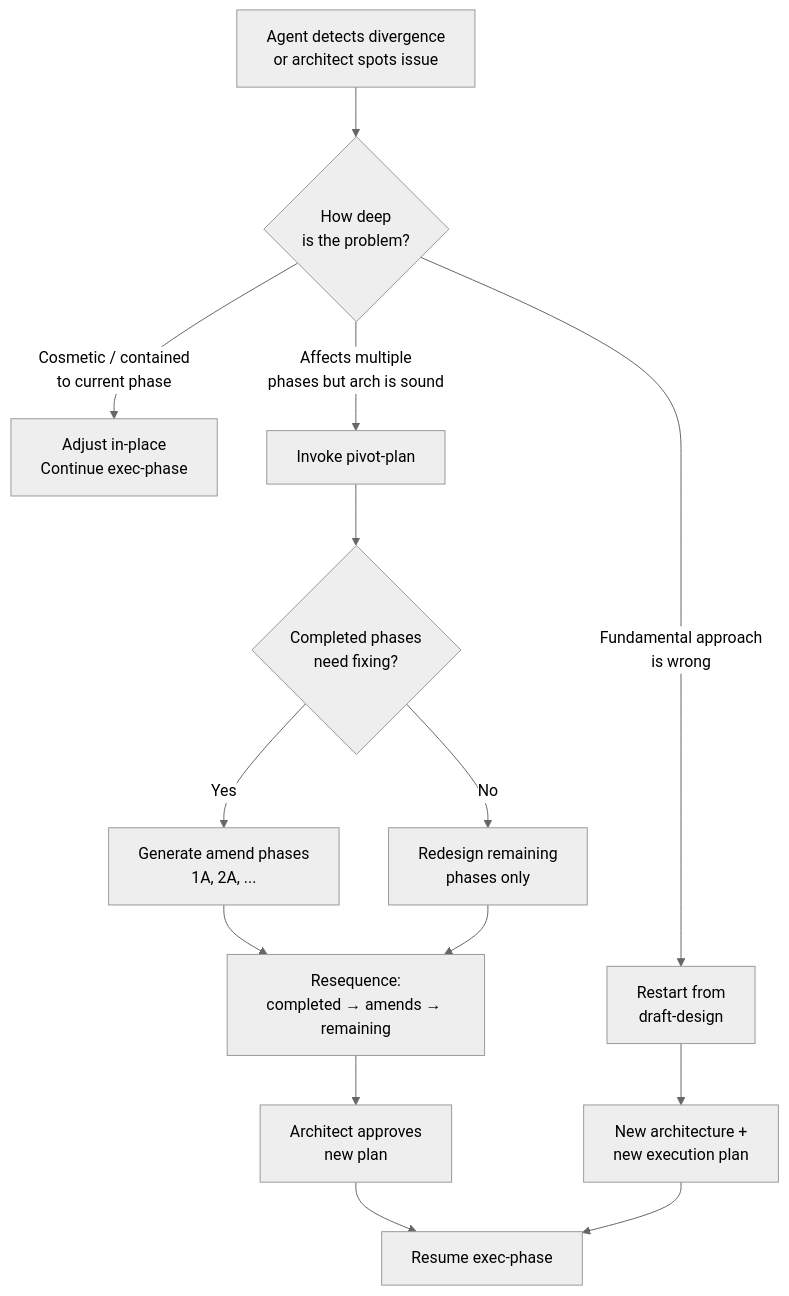
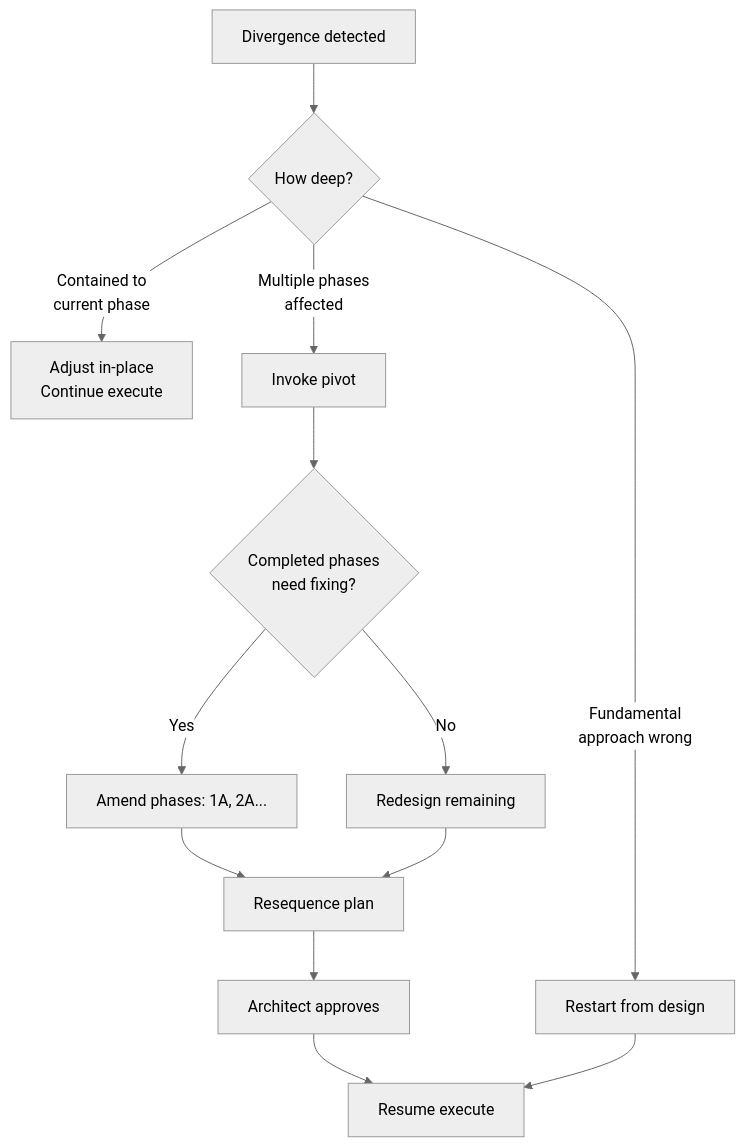
The third of 3 diagrams in README.md (aakarshsingh/architect-typist), drawn with Mermaid (neutral theme) before and after one commit. The commit also changed other lines of this file and 40 other files, not shown here.

````diff
--- a/README.md
+++ b/README.md
@@ -280,20 +284,18 @@
 ```mermaid
 flowchart TD
-    DETECT[Agent detects divergence<br/>or architect spots issue] --> ASSESS{How deep<br/>is the problem?}
+    DETECT[Divergence detected] --> ASSESS{How deep?}
 
-    ASSESS -->|Cosmetic / contained<br/>to current phase| FIX[Adjust in-place<br/>Continue exec-phase]
+    ASSESS -->|Contained to<br/>current phase| FIX[Adjust in-place<br/>Continue execute]
 
-    ASSESS -->|Affects multiple<br/>phases but arch is sound| PIVOT[Invoke pivot-plan]
+    ASSESS -->|Multiple phases<br/>affected| PIVOT[Invoke pivot]
     PIVOT --> AMEND{Completed phases<br/>need fixing?}
-    AMEND -->|Yes| APHASE[Generate amend phases<br/>1A, 2A, ...]
-    AMEND -->|No| REDESIGN[Redesign remaining<br/>phases only]
-    APHASE --> RESEQ[Resequence:<br/>completed → amends → remaining]
+    AMEND -->|Yes| APHASE[Amend phases: 1A, 2A...]
+    AMEND -->|No| REDESIGN[Redesign remaining]
+    APHASE --> RESEQ[Resequence plan]
     REDESIGN --> RESEQ
-    RESEQ --> APPROVE[Architect approves<br/>new plan]
-    APPROVE --> EXEC[Resume exec-phase]
+    RESEQ --> APPROVE[Architect approves]
+    APPROVE --> EXEC[Resume execute]
 
-    ASSESS -->|Fundamental approach<br/>is wrong| RESTART[Restart from<br/>draft-design]
-    RESTART --> NEWDESIGN[New architecture +<br/>new execution plan]
-    NEWDESIGN --> EXEC
-
+    ASSESS -->|Fundamental<br/>approach wrong| RESTART[Restart from design]
+    RESTART --> EXEC
 ```
````
